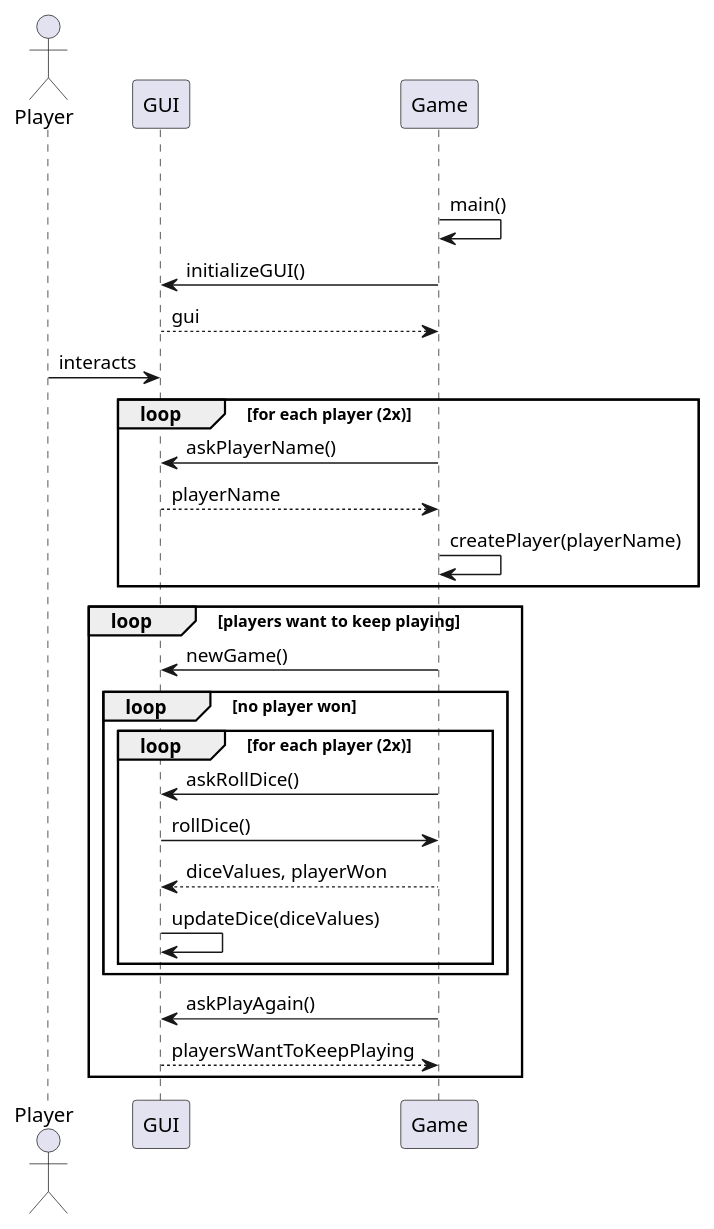
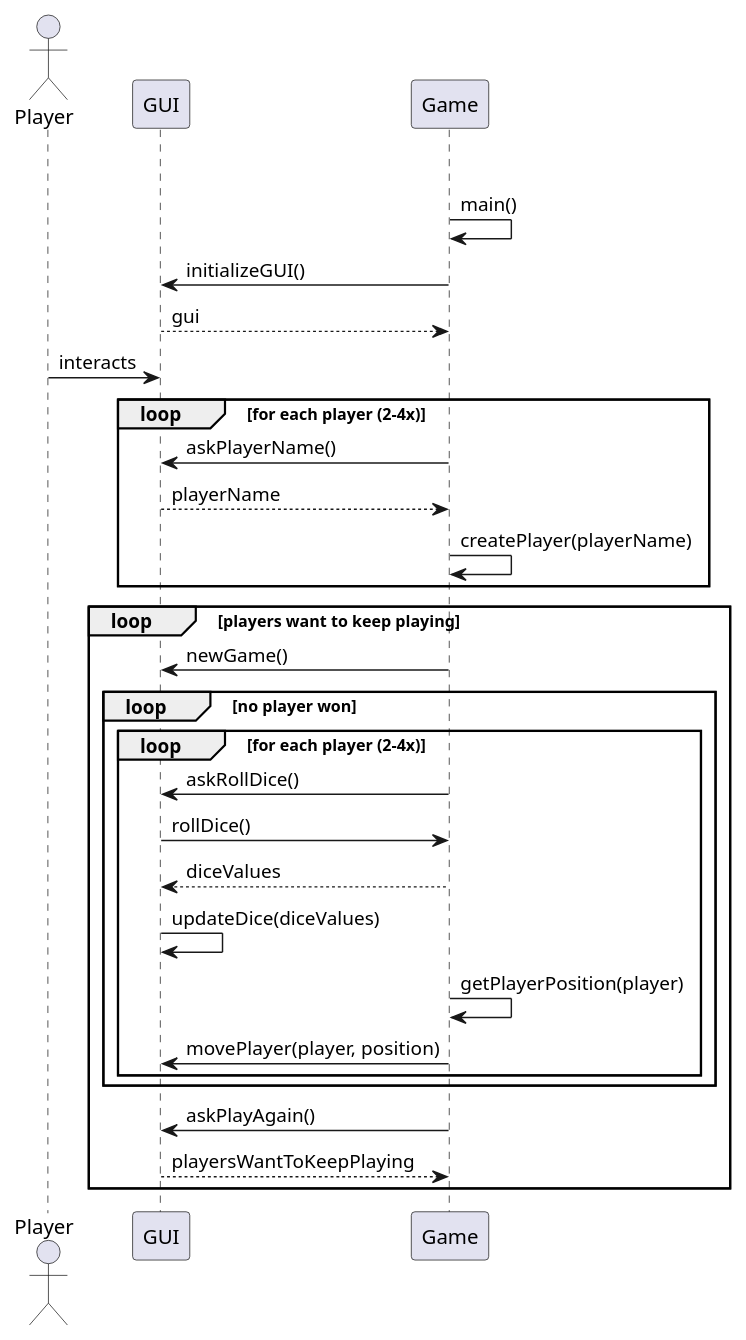
Before and after one commit to DTUSoftware/25_del3: the diagram in src/main/resources/SystemSequenceDiagram.puml, drawn with PlantUML. The commit also changed 2 other files, not shown here.

Commit message:
Update diagrams

```diff
--- a/src/main/resources/SystemSequenceDiagram.puml
+++ b/src/main/resources/SystemSequenceDiagram.puml
@@ -1,34 +1,36 @@
 @startuml
 'https://plantuml.com/sequence-diagram
 
 actor Player
 Player -[hidden]-> GUI
 GUI -[hidden]-> Game
 
 Game -> Game : main()
 
 GUI <- Game : initializeGUI()
 GUI --> Game : gui
 Player -> GUI : interacts
 
-loop for each player (2x)
+loop for each player (2-4x)
     GUI <- Game : askPlayerName()
     GUI --> Game : playerName
     Game -> Game : createPlayer(playerName)
 end
 
 loop players want to keep playing
     GUI <- Game : newGame()
     loop no player won
-        loop for each player (2x)
+        loop for each player (2-4x)
             GUI <- Game : askRollDice()
             GUI -> Game : rollDice()
-            GUI <-- Game : diceValues, playerWon
+            GUI <-- Game : diceValues
             GUI -> GUI : updateDice(diceValues)
+            Game -> Game : getPlayerPosition(player)
+            GUI <- Game : movePlayer(player, position)
         end
     end
     GUI <- Game : askPlayAgain()
     GUI --> Game : playersWantToKeepPlaying
 end
 
 @enduml
```
